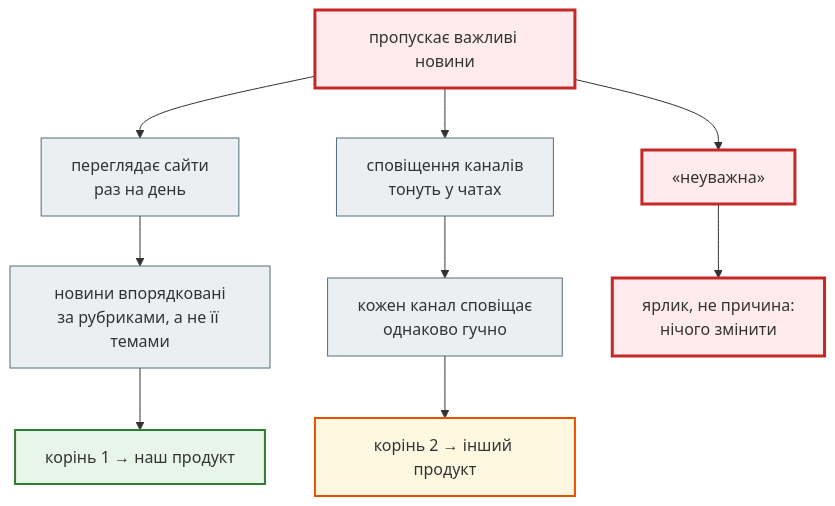
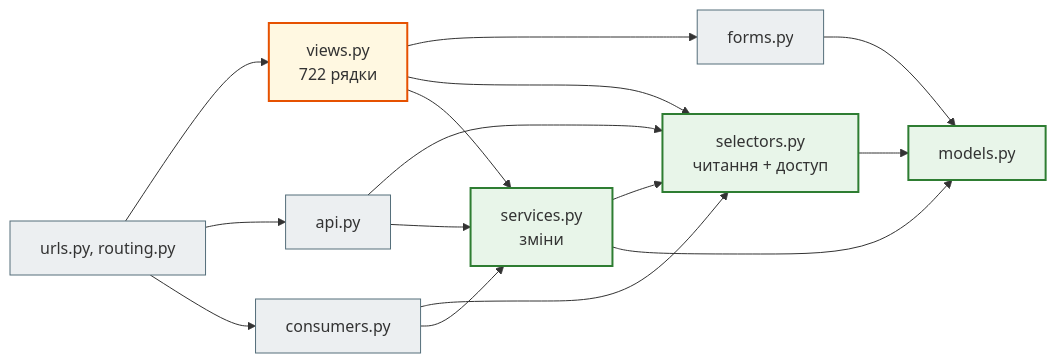
The eighth of 11 diagrams in docs/modules/m6/lesson_52.md (AlinaRadchenko/PY-Course-Victor-Nikoriak-22-09-2026), drawn with Mermaid before and after one commit. The commit also changed other lines of this file and 1846 other files, not shown here.

````diff
--- a/docs/modules/m6/lesson_52.md
+++ b/docs/modules/m6/lesson_52.md
@@ -158,23 +604,29 @@
 ```mermaid
-flowchart TD
+graph LR
     classDef step     fill:#eceff1,stroke:#546e7a,stroke-width:1px;
     classDef decision fill:#e3f2fd,stroke:#1565c0,stroke-width:2px;
     classDef success  fill:#e8f5e9,stroke:#2e7d32,stroke-width:2px;
     classDef error    fill:#ffebee,stroke:#c62828,stroke-width:3px;
     classDef warning  fill:#fff8e1,stroke:#e65100,stroke-width:2px;
 
-    S["пропускає важливі новини"] --> A["переглядає сайти<br>раз на день"]
-    S --> B["сповіщення каналів<br>тонуть у чатах"]
-    S --> C["«неуважна»"]
-    A --> A2["новини впорядковані<br>за рубриками, а не її темами"]
-    B --> B2["кожен канал сповіщає<br>однаково гучно"]
-    C --> C2["ярлик, не причина:<br>нічого змінити"]
-    A2 --> R1["корінь 1 → наш продукт"]
-    B2 --> R2["корінь 2 → інший продукт"]
+    URLS["urls.py, routing.py"] --> VIEWS["views.py<br>722 рядки"]
+    URLS --> DRF["api.py"]
+    URLS --> CONS["consumers.py"]
+    VIEWS --> FORMS["forms.py"]
+    VIEWS --> SEL["selectors.py<br>читання + доступ"]
+    VIEWS --> SRV["services.py<br>зміни"]
+    DRF --> SEL
+    DRF --> SRV
+    CONS --> SEL
+    CONS --> SRV
+    SRV --> SEL
+    SEL --> MODELS["models.py"]
+    SRV --> MODELS
+    FORMS --> MODELS
 
-    class S error
-    class A,B,A2,B2 step
-    class C,C2 error
-    class R1 success
-    class R2 warning
+    class URLS step
+    class VIEWS warning
+    class DRF,CONS,FORMS step
+    class SEL,SRV success
+    class MODELS success
 ```
````
